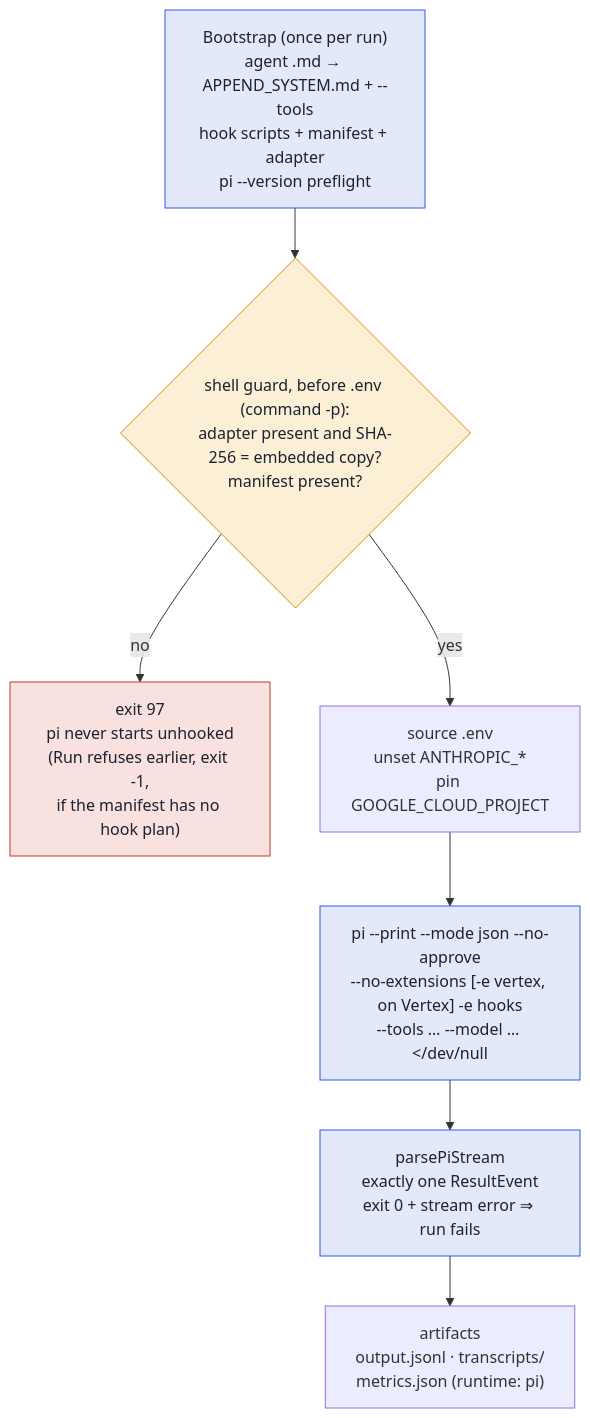
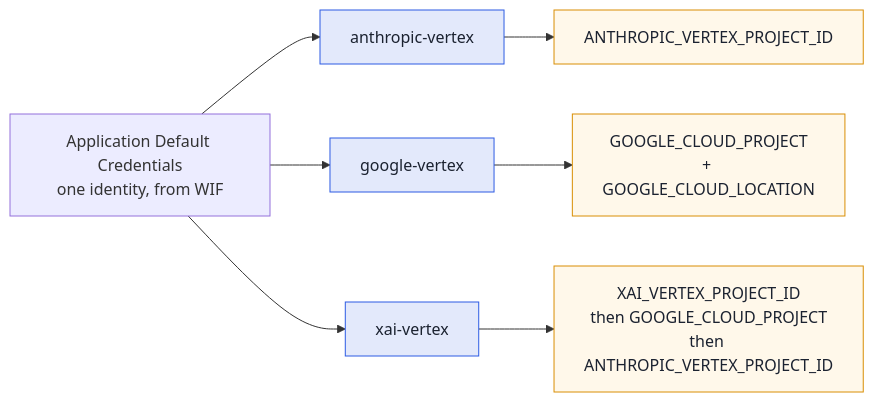
The third of 3 diagrams in docs/runtimes.md (fullsend-ai/fullsend), drawn with Mermaid before and after one commit. The commit also changed other lines of this file and 5 other files, not shown here.

````diff
--- a/docs/runtimes.md
+++ b/docs/runtimes.md
@@ -276,19 +124,11 @@
 ```mermaid
-flowchart TB
-  B["Bootstrap (once per run)\nagent .md → APPEND_SYSTEM.md + --tools\nhook scripts + manifest + adapter\npi --version preflight"]
-  G{"shell guard, before .env (command -p):\nadapter present and SHA-256 = embedded copy?\nmanifest present?"}
-  X["exit 97\npi never starts unhooked\n(Run refuses earlier, exit -1,\nif the manifest has no hook plan)"]
-  E["source .env\nunset ANTHROPIC_*\npin GOOGLE_CLOUD_PROJECT"]
-  P["pi --print --mode json --no-approve\n--no-extensions [-e vertex, on Vertex] -e hooks\n--tools … --model … #lt;/dev/null"]
-  S["parsePiStream\nexactly one ResultEvent\nexit 0 + stream error ⇒ run fails"]
-  A["artifacts\noutput.jsonl · transcripts/\nmetrics.json (runtime: pi)"]
-  B --> G
-  G -- no --> X
-  G -- yes --> E --> P --> S --> A
-  classDef guard fill:#fbf0d6,stroke:#d98e04,color:#1b2230;
-  classDef bad fill:#f8e1de,stroke:#c0392b,color:#1b2230;
-  classDef opt fill:#e3e9fb,stroke:#2d5be3,color:#1b2230;
-  class G guard;
-  class X bad;
-  class B,P,S opt;
+flowchart LR
+  ADC["Application Default Credentials<br/>one identity, from WIF"] --> AV & GV & XV
+  AV["anthropic-vertex"] --> PA["ANTHROPIC_VERTEX_PROJECT_ID"]
+  GV["google-vertex"] --> PB["GOOGLE_CLOUD_PROJECT<br/>+ GOOGLE_CLOUD_LOCATION"]
+  XV["xai-vertex"] --> PC["XAI_VERTEX_PROJECT_ID<br/>then GOOGLE_CLOUD_PROJECT<br/>then ANTHROPIC_VERTEX_PROJECT_ID"]
+  classDef p fill:#e3e9fb,stroke:#2d5be3,color:#1b2230;
+  classDef v fill:#fff8ea,stroke:#d98e04,color:#1b2230;
+  class AV,GV,XV p;
+  class PA,PB,PC v;
 ```
````
